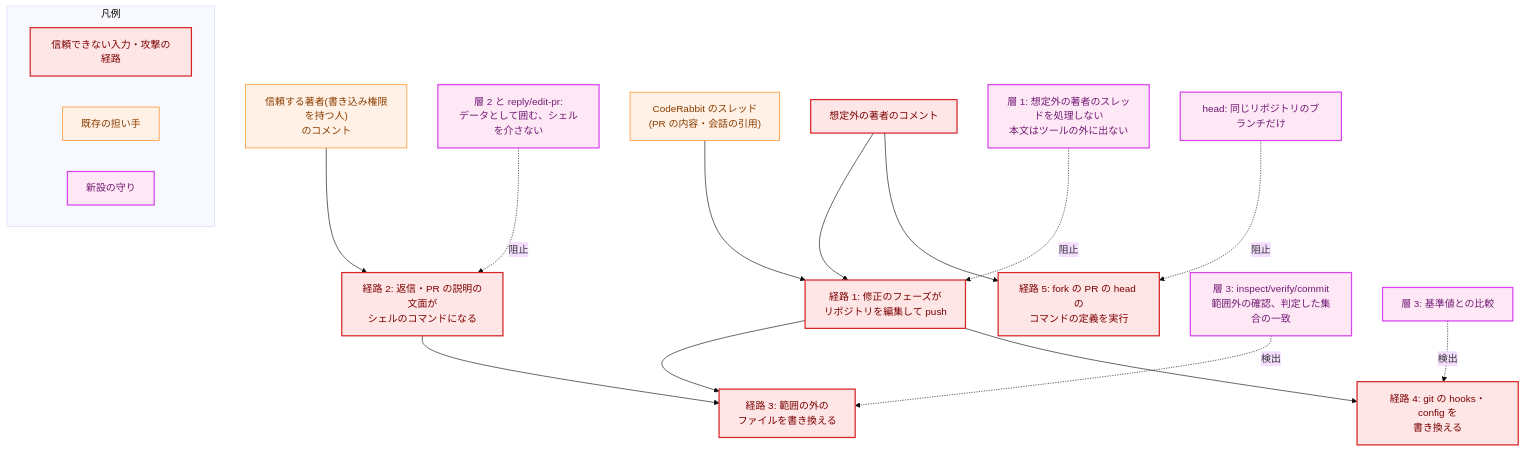
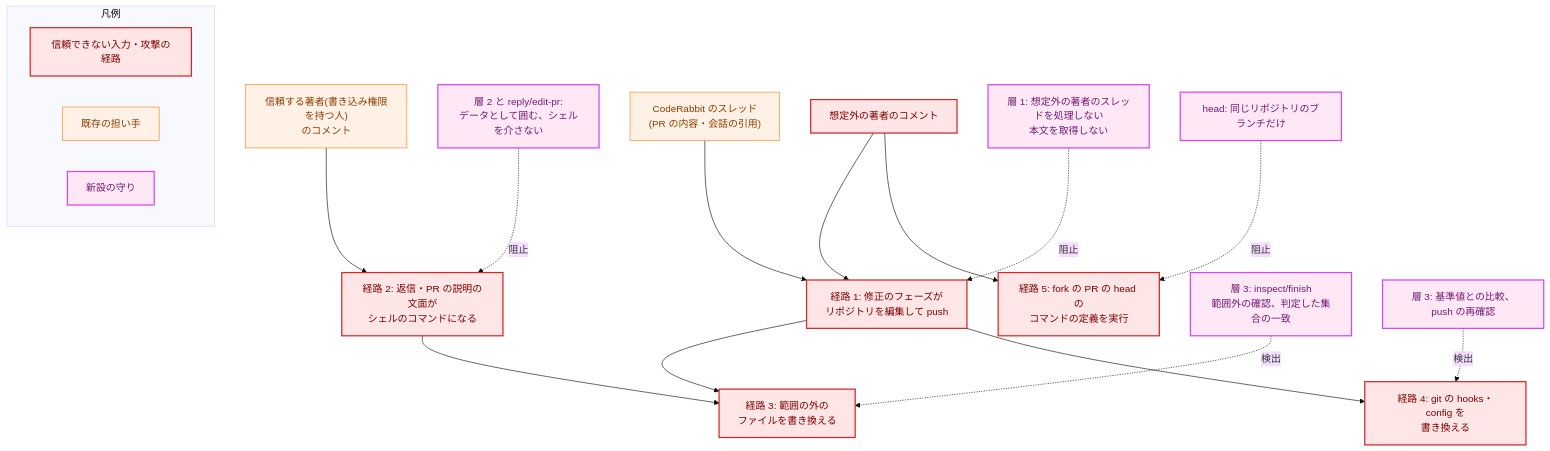
The fifth of 7 diagrams in docs/tasks/0030_fixpr_untrusted_threads/02_architecture.md (isseis/yt2column), drawn with Mermaid (base theme) before and after one commit. The commit also changed other lines of this file, not shown here.

First line of the commit message:
docs(0030): revise the architecture after panel review and prose pass

````diff
--- a/docs/tasks/0030_fixpr_untrusted_threads/02_architecture.md
+++ b/docs/tasks/0030_fixpr_untrusted_threads/02_architecture.md
@@ -641,50 +752,49 @@
 ```mermaid
 flowchart TD
     classDef process fill:#fff1e6,stroke:#ff7f0e,stroke-width:1px,color:#8a3e00;
-    classDef enhanced fill:#e8f5e8,stroke:#2e8b57,stroke-width:2px,color:#006400;
     classDef newpkg fill:#ffe8f5,stroke:#d946ef,stroke-width:2px,color:#701a75;
     classDef problem fill:#ffe6e6,stroke:#d62728,stroke-width:2px,color:#7b0000;
 
     A["想定外の著者のコメント"]
     B["信頼する著者(書き込み権限を持つ人)<br>のコメント"]
     C["CodeRabbit のスレッド<br>(PR の内容・会話の引用)"]
     P1["経路 1: 修正のフェーズが<br>リポジトリを編集して push"]
     P2["経路 2: 返信・PR の説明の文面が<br>シェルのコマンドになる"]
     P3["経路 3: 範囲の外の<br>ファイルを書き換える"]
     P4["経路 4: git の hooks・config を<br>書き換える"]
     P5["経路 5: fork の PR の head の<br>コマンドの定義を実行"]
 
     A --> P1
     A --> P5
     B --> P2
     C --> P1
     P1 --> P3
     P1 --> P4
     P2 --> P3
 
-    M1["層 1: 想定外の著者のスレッドを処理しない<br>本文はツールの外に出ない"]
+    M1["層 1: 想定外の著者のスレッドを処理しない<br>本文を取得しない"]
     M2["層 2 と reply/edit-pr:<br>データとして囲む、シェルを介さない"]
-    M3["層 3: inspect/verify/commit<br>範囲外の確認、判定した集合の一致"]
-    M4["層 3: 基準値との比較"]
+    M3["層 3: inspect/finish<br>範囲外の確認、判定した集合の一致"]
+    M4["層 3: 基準値との比較、push の再確認"]
     M5["head: 同じリポジトリのブランチだけ"]
 
     M1 -. "阻止" .-> P1
     M2 -. "阻止" .-> P2
     M3 -. "検出" .-> P3
     M4 -. "検出" .-> P4
     M5 -. "阻止" .-> P5
 
     class A problem
     class B,C process
     class P1,P2,P3,P4,P5 problem
     class M1,M2,M3,M4,M5 newpkg
 
     subgraph Legend["凡例"]
         LG1["信頼できない入力・攻撃の経路"]
         LG2["既存の担い手"]
         LG3["新設の守り"]
     end
     class LG1 problem
     class LG2 process
     class LG3 newpkg
 ```
````
